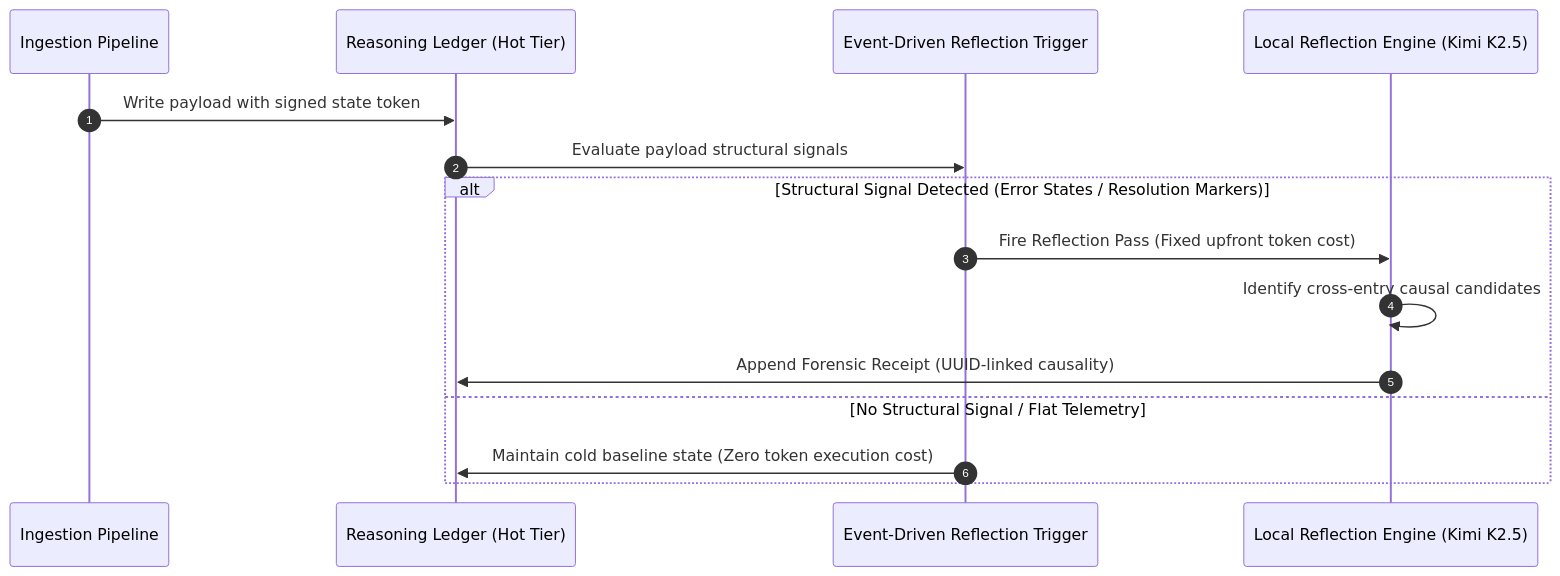
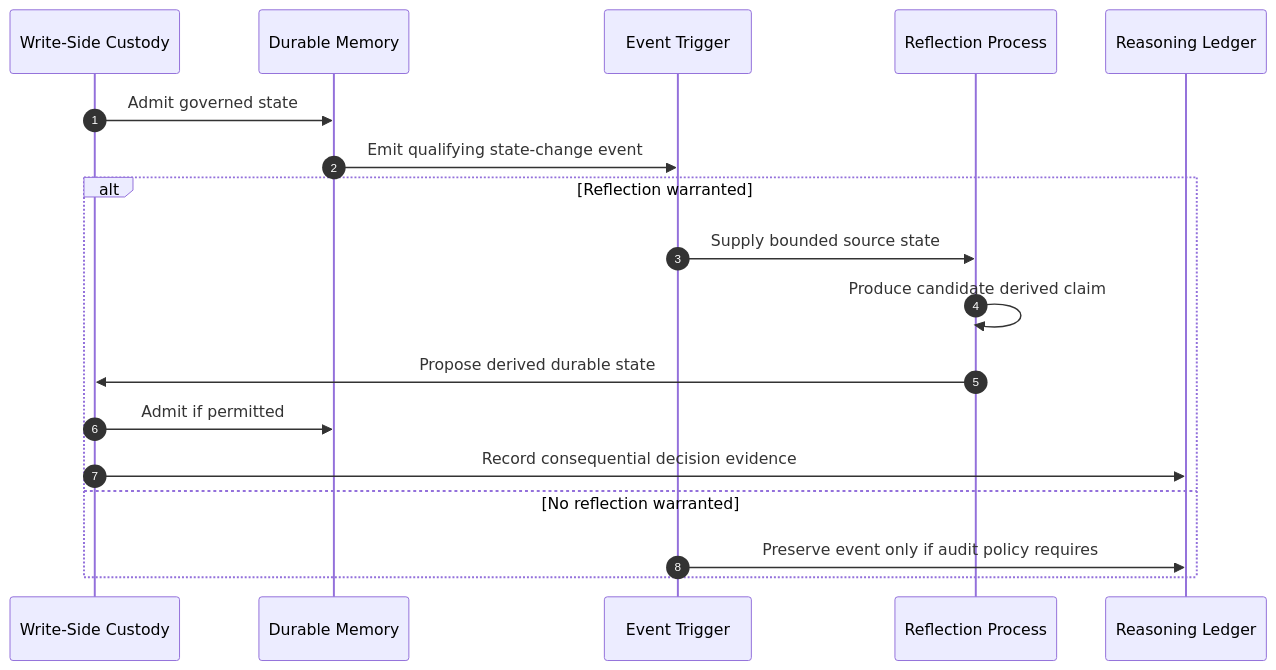
One commit to kenwalger/sovereign-system-spec changed diagram 14 of 17 in ARCHITECTURE.md. Above: the diagram before and after it, drawn with Mermaid. The commit also changed other lines of this file and 13 other files, not shown here.

````diff
--- a/ARCHITECTURE.md
+++ b/ARCHITECTURE.md
@@ -62,19 +841,22 @@
 ```mermaid
 sequenceDiagram
     autonumber
-    participant Ingest as Ingestion Pipeline
-    participant Ledger as Reasoning Ledger (Hot Tier)
-    participant Trigger as Event-Driven Reflection Trigger
-    participant SLM as Local Reflection Engine (Kimi K2.5)
-    
-    Ingest->>Ledger: Write payload with signed state token
-    Ledger->>Trigger: Evaluate payload structural signals
-    
-    alt Structural Signal Detected (Error States / Resolution Markers)
-        Trigger->>SLM: Fire Reflection Pass (Fixed upfront token cost)
-        SLM->>SLM: Identify cross-entry causal candidates
-        SLM->>Ledger: Append Forensic Receipt (UUID-linked causality)
-    else No Structural Signal / Flat Telemetry
-        Trigger->>Ledger: Maintain cold baseline state (Zero token execution cost)
+    participant Custody as Write-Side Custody
+    participant Memory as Durable Memory
+    participant Trigger as Event Trigger
+    participant Reflect as Reflection Process
+    participant Ledger as Reasoning Ledger
+
+    Custody->>Memory: Admit governed state
+    Memory->>Trigger: Emit qualifying state-change event
+
+    alt Reflection warranted
+        Trigger->>Reflect: Supply bounded source state
+        Reflect->>Reflect: Produce candidate derived claim
+        Reflect->>Custody: Propose derived durable state
+        Custody->>Memory: Admit if permitted
+        Custody->>Ledger: Record consequential decision evidence
+    else No reflection warranted
+        Trigger->>Ledger: Preserve event only if audit policy requires
     end
 ```
````
